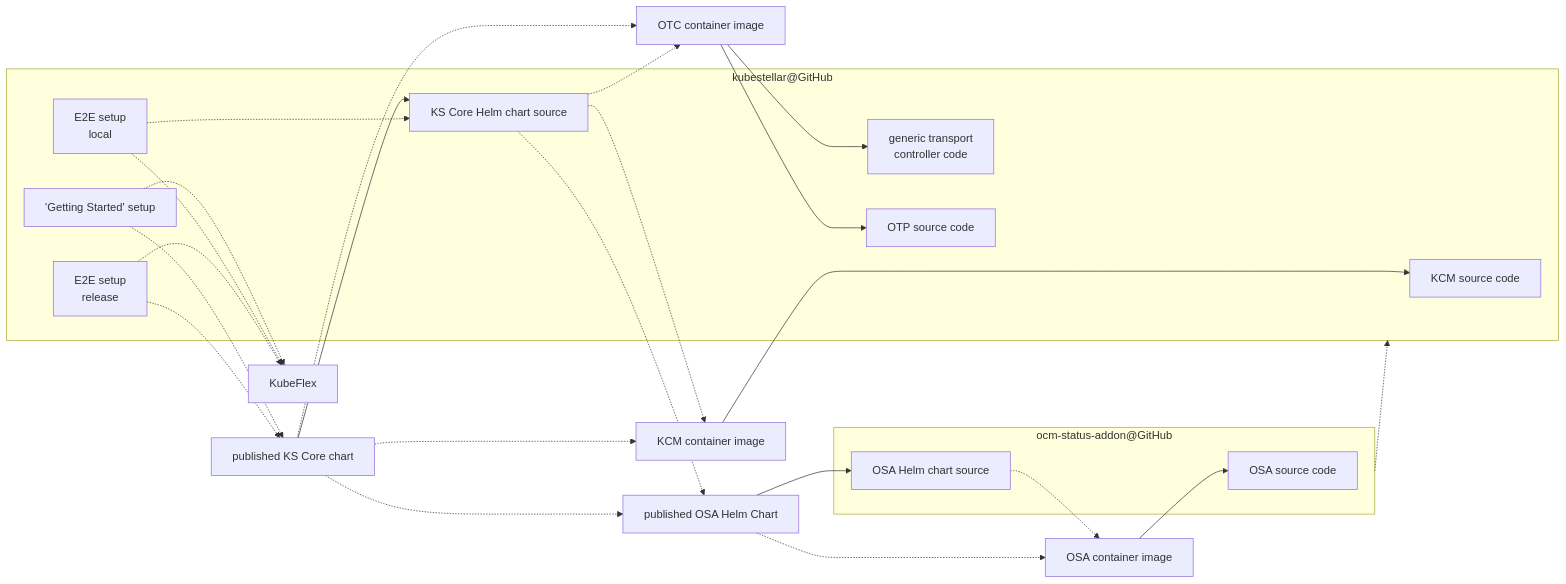
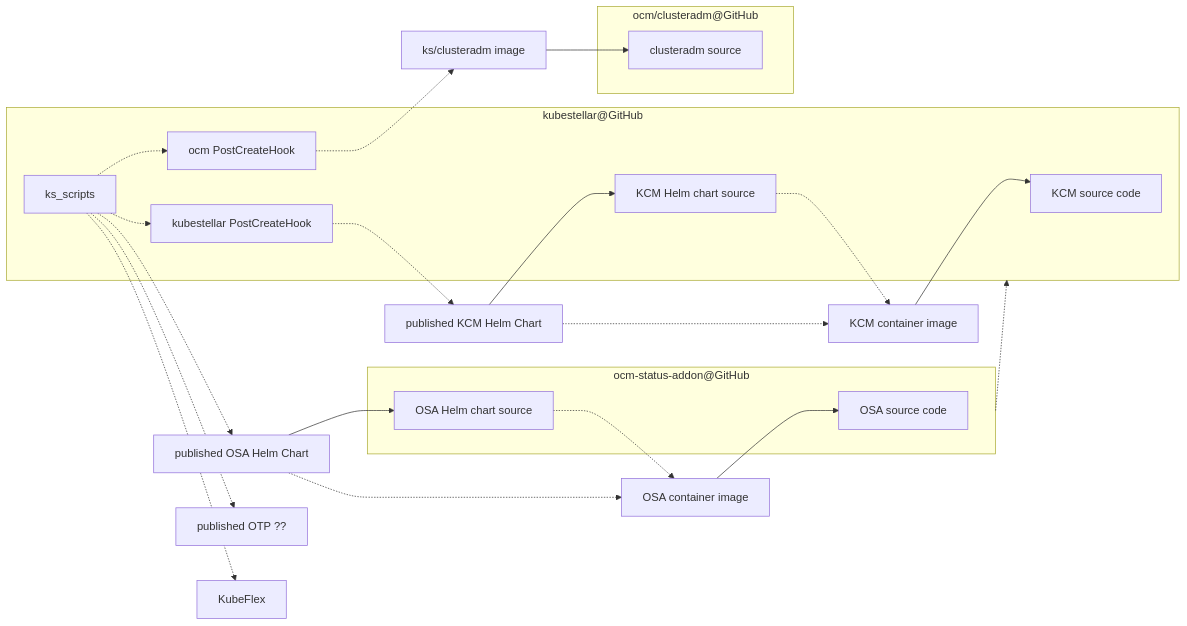
One commit to kubestellar/docs changed the fourth of 4 diagrams in docs/content/direct/packaging.md. Above: the diagram before and after it, drawn with Mermaid. The commit also changed other lines of this file and 136 other files, not shown here.

````diff
--- a/docs/content/direct/packaging.md
+++ b/docs/content/direct/packaging.md
@@ -298,38 +234,33 @@
 ```mermaid
 flowchart LR
     subgraph osa_repo["ocm-status-addon@GitHub"]
     osa_code[OSA source code]
     osa_hc_src[OSA Helm chart source]
     end
     osa_ctr_image[OSA container image] --> osa_code
     osa_hc_repo[published OSA Helm Chart] --> osa_hc_src
     osa_hc_src -.-> osa_ctr_image
     osa_hc_repo -.-> osa_ctr_image
+    subgraph cladm_repo["ocm/clusteradm@GitHub"]
+    cladm_src["clusteradm source"]
+    end
     subgraph ks_repo["kubestellar@GitHub"]
     kcm_code[KCM source code]
-    gtc_code["generic transport<br>controller code"]
-    otp_code[OTP source code]
-    ksc_hc_src[KS Core Helm chart source]
-    setup_ksc["'Getting Started' setup"]
-    e2e_local["E2E setup<br>local"]
-    e2e_release["E2E setup<br>release"]
+    kcm_hc_src[KCM Helm chart source]
+    ks_pch[kubestellar PostCreateHook]
+    ocm_pch["ocm PostCreateHook"]
+    ks_scripts -.-> ocm_pch
+    ks_scripts -.-> ks_pch
     end
     osa_repo -.-> ks_repo
+    cladm_image["ks/clusteradm image"] --> cladm_src
+    ocm_pch -.-> cladm_image
     kcm_ctr_image[KCM container image] --> kcm_code
-    otc_ctr_image[OTC container image]
-    otc_ctr_image --> gtc_code
-    otc_ctr_image --> otp_code
-    ksc_hc_repo[published KS Core chart] --> ksc_hc_src
-    ksc_hc_src -.-> osa_hc_repo
-    ksc_hc_src -.-> kcm_ctr_image
-    ksc_hc_src -.-> otc_ctr_image
-    ksc_hc_repo -.-> osa_hc_repo
-    ksc_hc_repo -.-> kcm_ctr_image
-    ksc_hc_repo -.-> otc_ctr_image
-    setup_ksc -.-> ksc_hc_repo
-    setup_ksc -.-> KubeFlex
-    e2e_local -.-> ksc_hc_src
-    e2e_local -.-> KubeFlex
-    e2e_release -.-> ksc_hc_repo
-    e2e_release -.-> KubeFlex
+    kcm_hc_repo[published KCM Helm Chart] --> kcm_hc_src
+    kcm_hc_src -.-> kcm_ctr_image
+    kcm_hc_repo -.-> kcm_ctr_image
+    ks_pch  -.-> kcm_hc_repo
+    ks_scripts -.-> osa_hc_repo[published OSA Helm Chart]
+    ks_scripts -.-> otp_something["published OTP ??"]
+    ks_scripts -.-> KubeFlex
 ```
````
